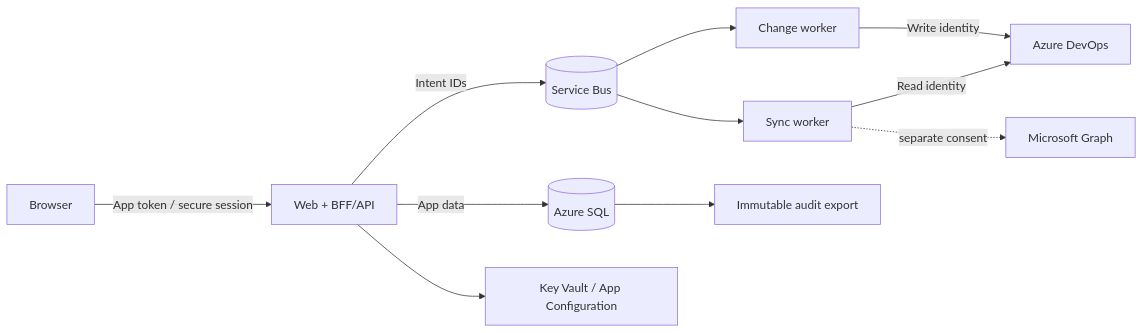
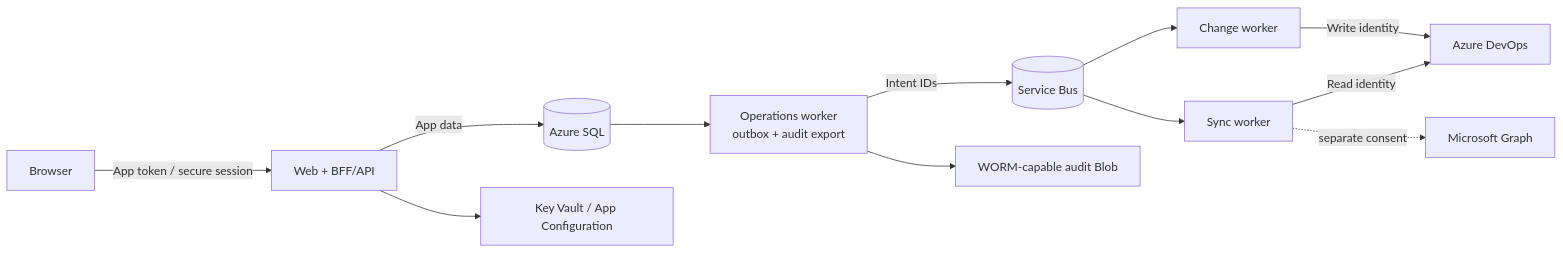
The diagram in docs/SECURITY.md (Funnybeer123/AdoPermissions), drawn with Mermaid before and after one commit. The commit also changed other lines of this file and 18 other files, not shown here.

````diff
--- a/docs/SECURITY.md
+++ b/docs/SECURITY.md
@@ -13,13 +13,14 @@
 ```mermaid
 flowchart LR
     B[Browser] -->|App token / secure session| W[Web + BFF/API]
     W -->|App data| D[(Azure SQL)]
-    W -->|Intent IDs| Q[(Service Bus)]
+    D --> O[Operations worker<br/>outbox + audit export]
+    O -->|Intent IDs| Q[(Service Bus)]
     Q --> S[Sync worker]
     Q --> C[Change worker]
     S -->|Read identity| A[Azure DevOps]
     C -->|Write identity| A
     S -. separate consent .-> G[Microsoft Graph]
     W --> K[Key Vault / App Configuration]
-    D --> I[Immutable audit export]
+    O --> I[WORM-capable audit Blob]
 ```
````
